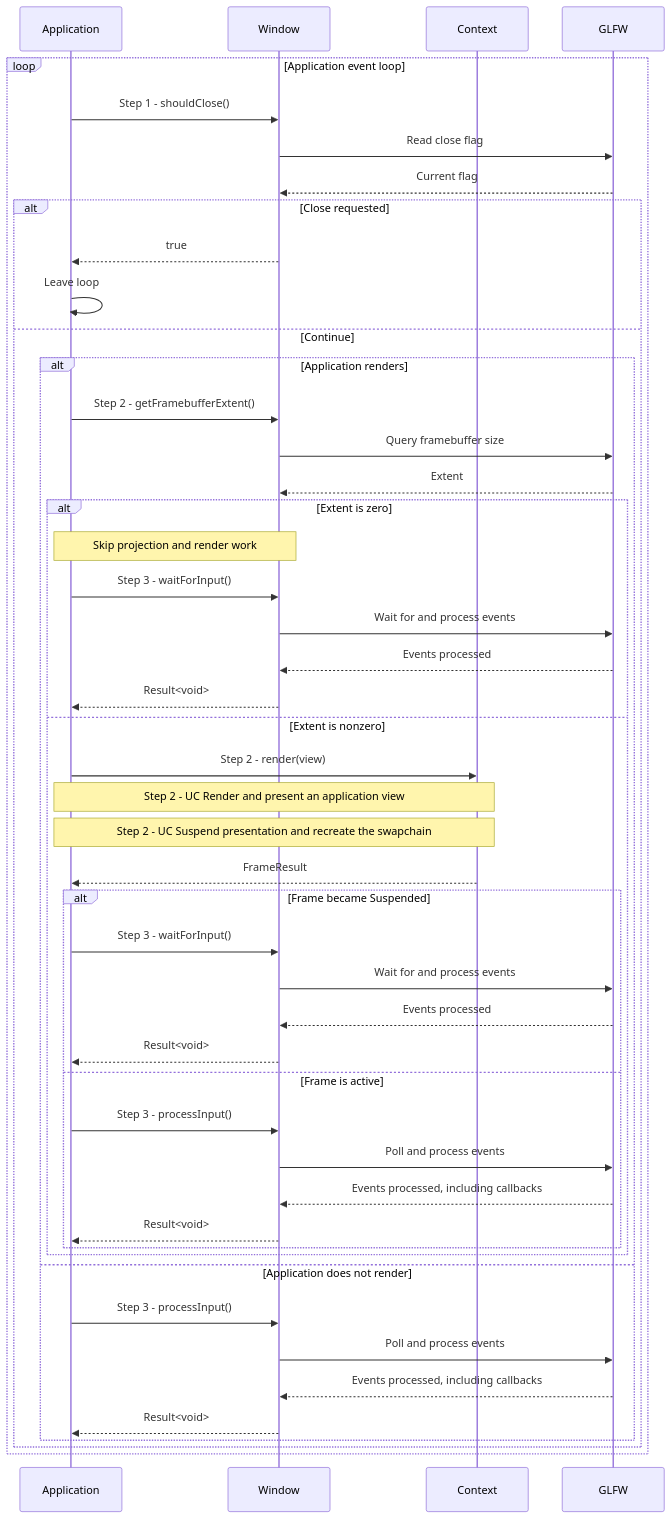
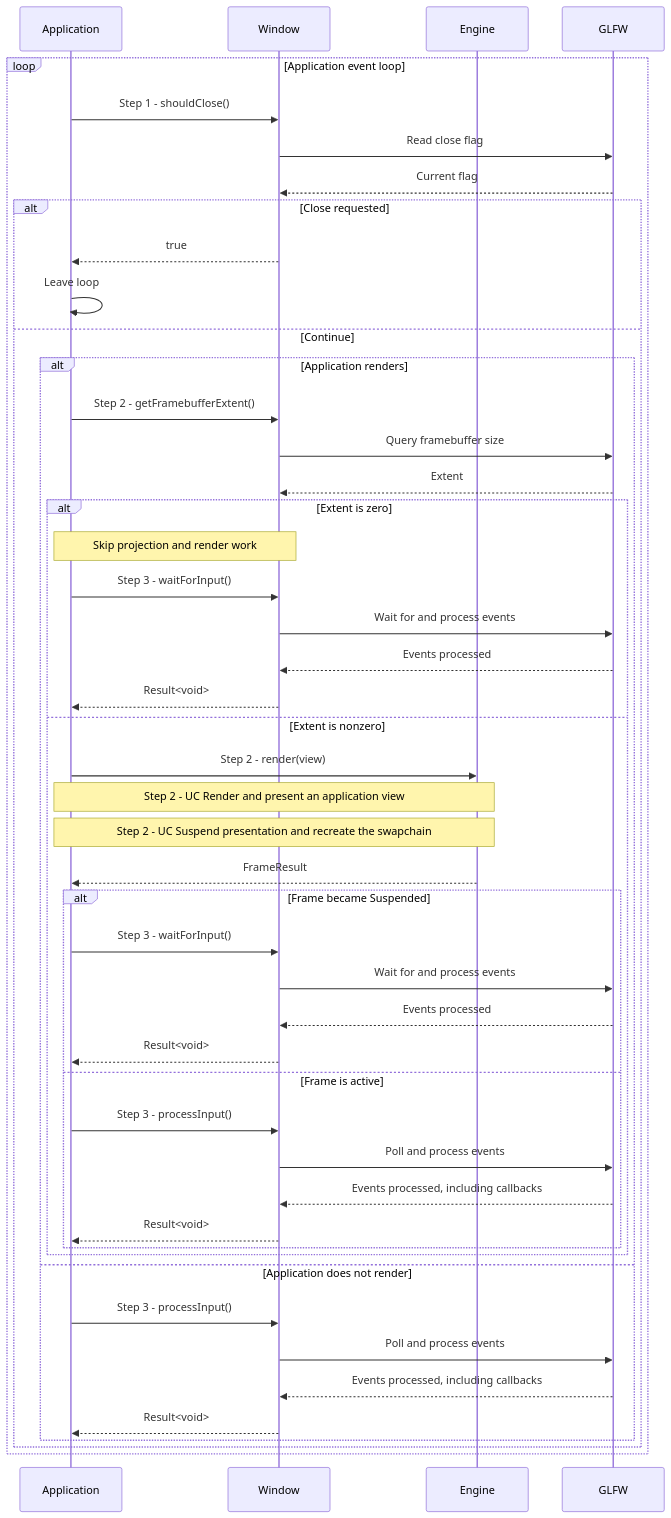
The diagram in docs/use-cases/run-window-event-loop.md (a-soltysik/Panda), drawn with Mermaid before and after one commit. The commit also changed other lines of this file and 158 other files, not shown here.

Commit message:
Refactor Vulkan Context API to Engine (#120)

````diff
--- a/docs/use-cases/run-window-event-loop.md
+++ b/docs/use-cases/run-window-event-loop.md
@@ -48,50 +48,50 @@
 ```mermaid
 sequenceDiagram
     participant A as Application
     participant W as Window
-    participant C as Context
+    participant C as Engine
     participant G as GLFW
     loop Application event loop
         A->>W: Step 1 - shouldClose()
         W->>G: Read close flag
         G-->>W: Current flag
         alt Close requested
             W-->>A: true
             A->>A: Leave loop
         else Continue
             alt Application renders
                 A->>W: Step 2 - getFramebufferExtent()
                 W->>G: Query framebuffer size
                 G-->>W: Extent
                 alt Extent is zero
                     Note over A,W: Skip projection and render work
                     A->>W: Step 3 - waitForInput()
                     W->>G: Wait for and process events
                     G-->>W: Events processed
                     W-->>A: Result<void>
                 else Extent is nonzero
                     A->>C: Step 2 - render(view)
                     Note over A,C: Step 2 - UC Render and present an application view
                     Note over A,C: Step 2 - UC Suspend presentation and recreate the swapchain
                     C-->>A: FrameResult
                     alt Frame became Suspended
                         A->>W: Step 3 - waitForInput()
                         W->>G: Wait for and process events
                         G-->>W: Events processed
                         W-->>A: Result<void>
                     else Frame is active
                         A->>W: Step 3 - processInput()
                         W->>G: Poll and process events
                         G-->>W: Events processed, including callbacks
                         W-->>A: Result<void>
                     end
                 end
             else Application does not render
                 A->>W: Step 3 - processInput()
                 W->>G: Poll and process events
                 G-->>W: Events processed, including callbacks
                 W-->>A: Result<void>
             end
         end
     end
 ```
````
